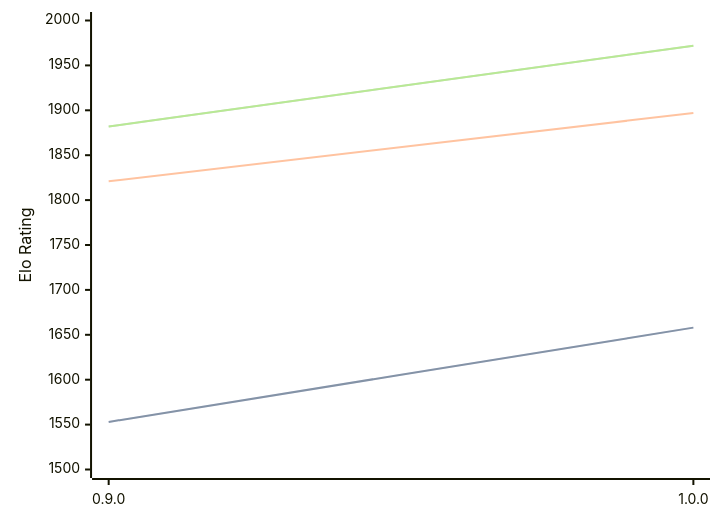
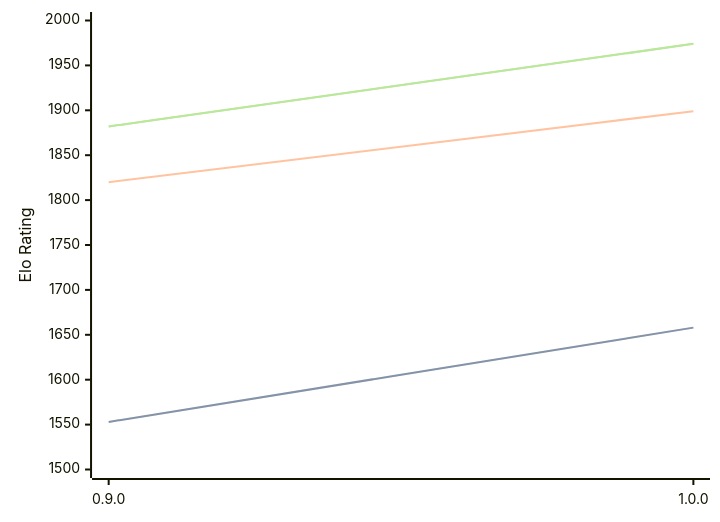
The diagram in engines/Ratsu.md (computer-chess-index/cci), drawn with Mermaid before and after one commit. The commit also changed other lines of this file, not shown here.

Commit message:
Update CCI Ratings (ELO VLTC) - 2026-04-13

````diff
--- a/engines/Ratsu.md
+++ b/engines/Ratsu.md
@@ -32,11 +32,11 @@
 ```mermaid
 %%{init: {"theme":"base","themeVariables":{"seriesColors:['#a3a3a3','#222221','#faa371']}}}%%
 xychart-beta
   x-axis ["0.9.0", "1.0.0"]
   y-axis "Elo Rating" 1500 --> 2000
   line "STC (8.0+0.08s)" [1553, 1658]
   line "STC (8.0+0.08s)" [1553, 1658]
-  line "LTC (60.0+0.60s)" [1821, 1897]
-  line "VLTC (2m24s+1.12s)" [1882, 1972]
-  line "VLTC (2m24s+1.12s)" [1882, 1972]
+  line "LTC (60.0+0.60s)" [1820, 1899]
+  line "VLTC (2m24s+1.12s)" [1882, 1974]
+  line "VLTC (2m24s+1.12s)" [1882, 1974]
 ```
````
